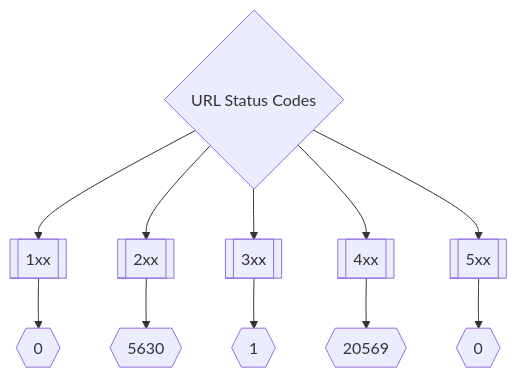
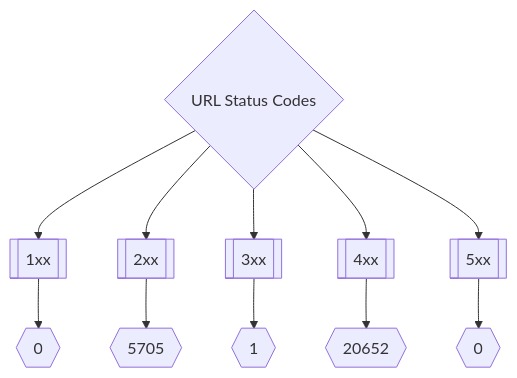
The second of 3 diagrams in README.md (trickest/inventory), drawn with Mermaid before and after one commit. The commit also changed other lines of this file and 82 other files, not shown here.

````diff
--- a/README.md
+++ b/README.md
@@ -173,8 +173,8 @@
 ```mermaid
 graph TD
 title{URL Status Codes} --> 1xx[[1xx]] --> status1xxNum{{0}}
-title --> 2xx[[2xx]] --> status2xxNum{{5630}}
+title --> 2xx[[2xx]] --> status2xxNum{{5705}}
 title --> 3xx[[3xx]] --> status3xxNum{{1}}
-title --> 4xx[[4xx]] --> status4xxNum{{20569}}
+title --> 4xx[[4xx]] --> status4xxNum{{20652}}
 title --> 5xx[[5xx]] --> status5xxNum{{0}}
 ```
````
